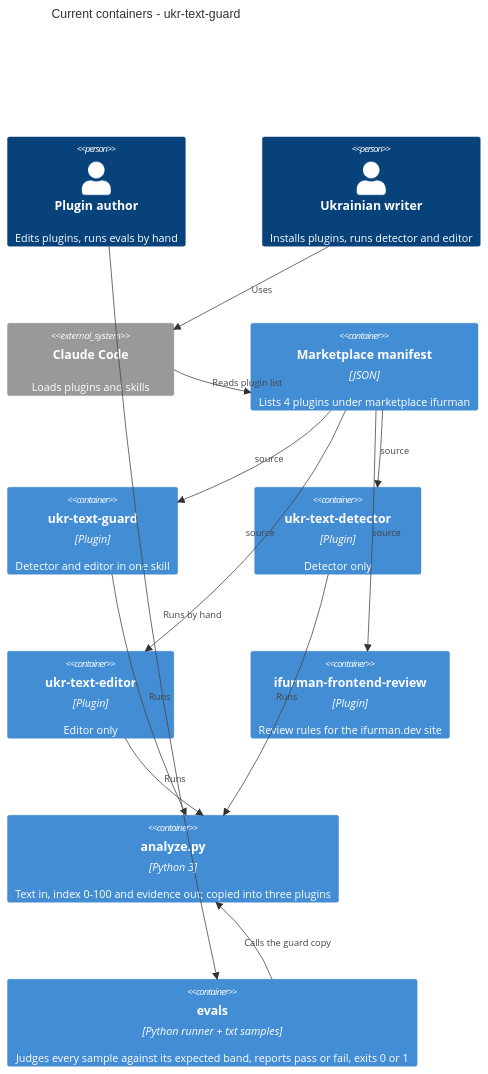
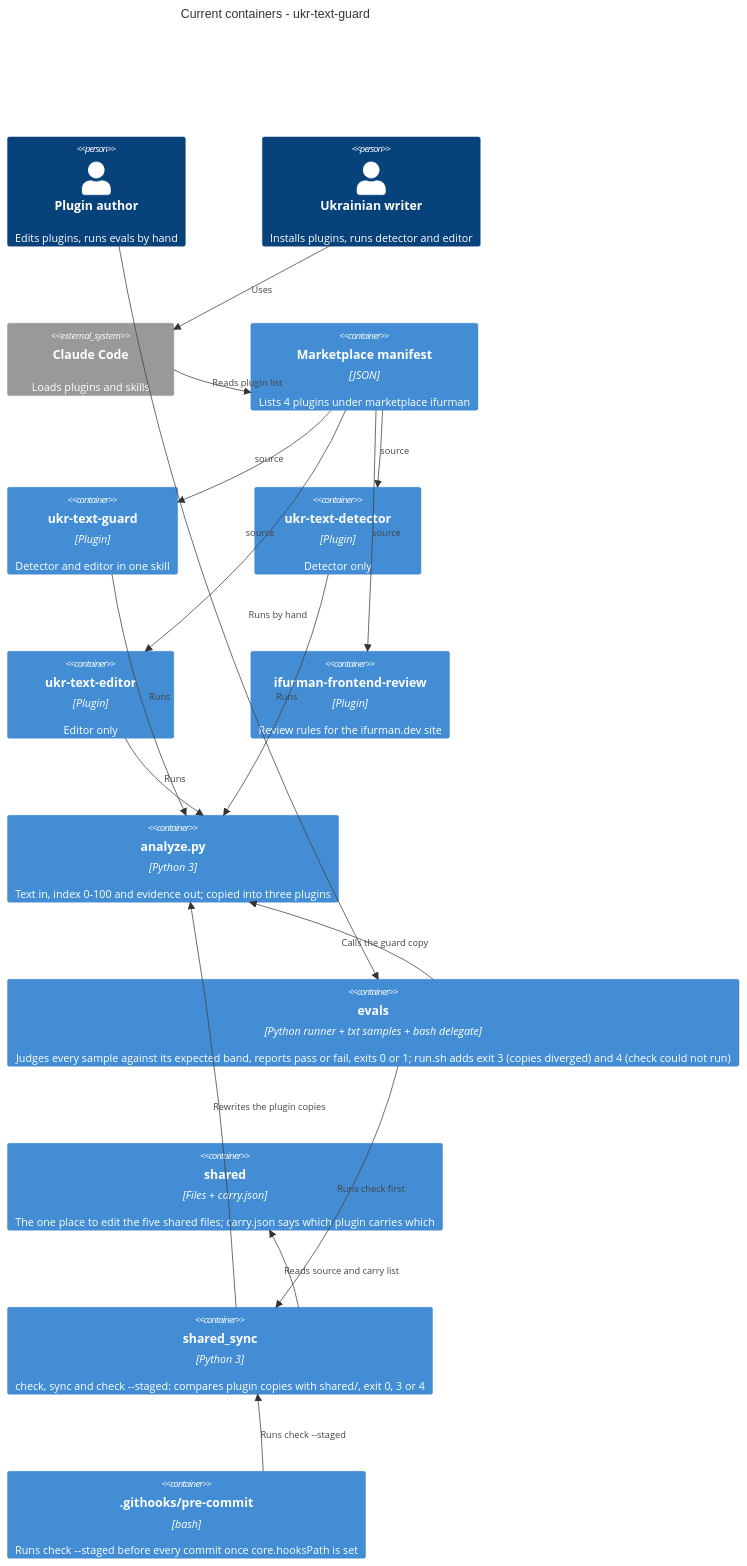
The diagram in docs/architecture-map.md (ifurmandev/ukr-text-guard), drawn with Mermaid before and after one commit. The commit also changed other lines of this file and 3 other files, not shown here.

First line of the commit message:
docs(shared-detector): cli contract states exit 4 prints no result line, architecture map covers shared/, tools/, .githooks/

````diff
--- a/docs/architecture-map.md
+++ b/docs/architecture-map.md
@@ -30,25 +30,32 @@
 ```mermaid
 C4Container
     title Current containers - ukr-text-guard
     Person(author, "Plugin author", "Edits plugins, runs evals by hand")
     Person(writer, "Ukrainian writer", "Installs plugins, runs detector and editor")
     System_Ext(claude, "Claude Code", "Loads plugins and skills")
     Container(market, "Marketplace manifest", "JSON", "Lists 4 plugins under marketplace ifurman")
     Container(guard, "ukr-text-guard", "Plugin", "Detector and editor in one skill")
     Container(detector, "ukr-text-detector", "Plugin", "Detector only")
     Container(editor, "ukr-text-editor", "Plugin", "Editor only")
     Container(review, "ifurman-frontend-review", "Plugin", "Review rules for the ifurman.dev site")
     Container(analyze, "analyze.py", "Python 3", "Text in, index 0-100 and evidence out; copied into three plugins")
-    Container(evals, "evals", "Python runner + txt samples", "Judges every sample against its expected band, reports pass or fail, exits 0 or 1")
+    Container(evals, "evals", "Python runner + txt samples + bash delegate", "Judges every sample against its expected band, reports pass or fail, exits 0 or 1; run.sh adds exit 3 (copies diverged) and 4 (check could not run)")
+    Container(shared, "shared", "Files + carry.json", "The one place to edit the five shared files; carry.json says which plugin carries which")
+    Container(sync, "shared_sync", "Python 3", "check, sync and check --staged: compares plugin copies with shared/, exit 0, 3 or 4")
+    Container(hook, ".githooks/pre-commit", "bash", "Runs check --staged before every commit once core.hooksPath is set")
     Rel(writer, claude, "Uses")
     Rel(claude, market, "Reads plugin list")
     Rel(market, guard, "source")
     Rel(market, detector, "source")
     Rel(market, editor, "source")
     Rel(market, review, "source")
     Rel(guard, analyze, "Runs")
     Rel(detector, analyze, "Runs")
     Rel(editor, analyze, "Runs")
     Rel(author, evals, "Runs by hand")
     Rel(evals, analyze, "Calls the guard copy")
+    Rel(evals, sync, "Runs check first")
+    Rel(hook, sync, "Runs check --staged")
+    Rel(sync, shared, "Reads source and carry list")
+    Rel(sync, analyze, "Rewrites the plugin copies")
 ```
````
